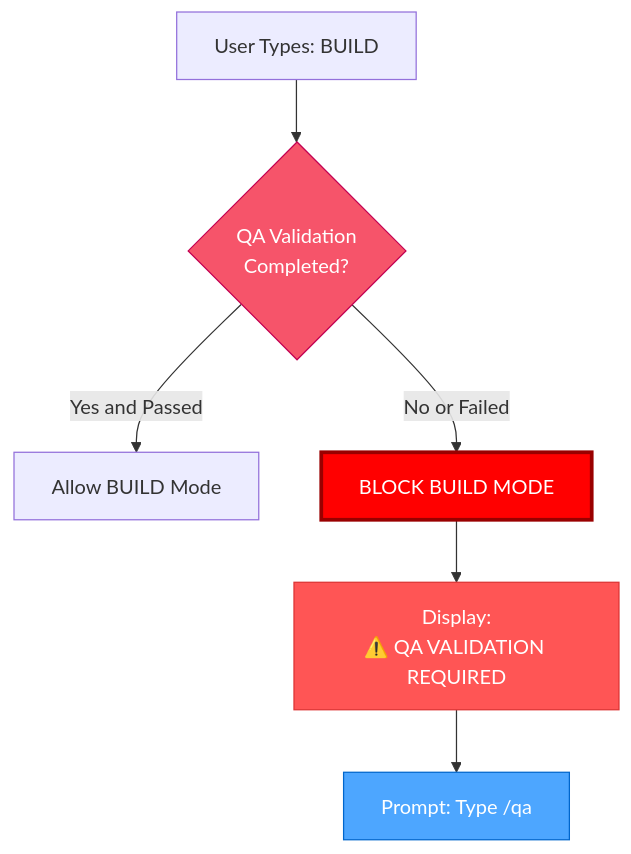
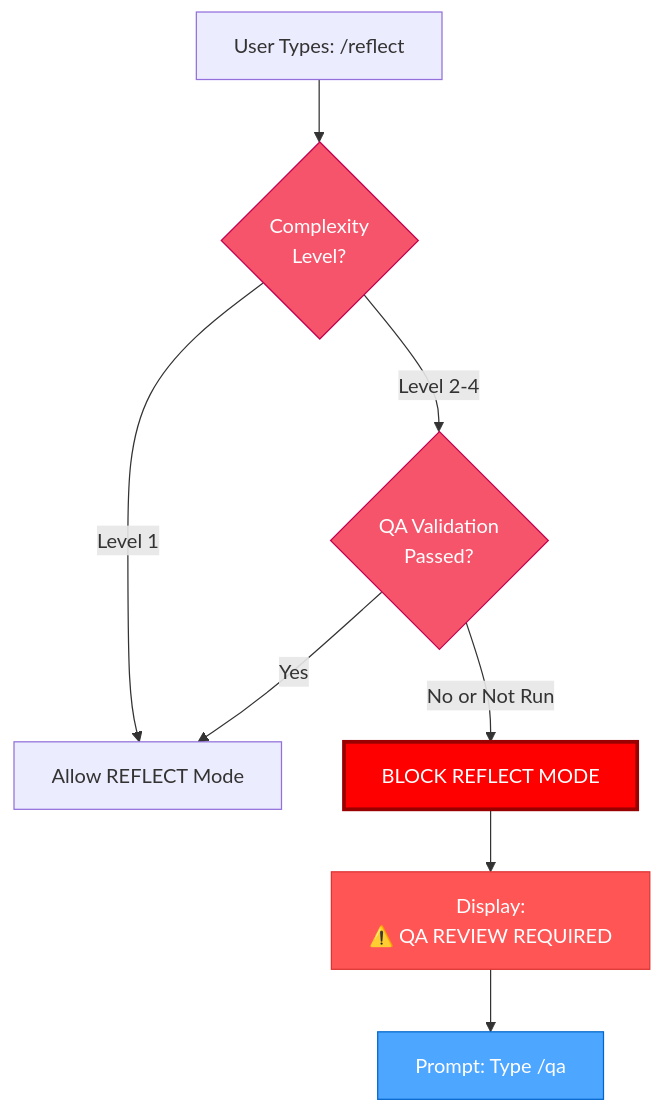
The second of 2 diagrams in rulesets/niko/niko/visual-maps/van_mode_split/van-qa-utils/mode-transitions.mdc (Texarkanine/.cursor-rules), drawn with Mermaid before and after one commit. The commit also changed other lines of this file and 22 other files, not shown here.

````diff
--- a/rulesets/niko/niko/visual-maps/van_mode_split/van-qa-utils/mode-transitions.mdc
+++ b/rulesets/niko/niko/visual-maps/van_mode_split/van-qa-utils/mode-transitions.mdc
@@ -14,13 +40,16 @@
 ```mermaid
 graph TD
-    Start["User Types: BUILD"] --> CheckQA{"QA Validation<br>Completed?"}
-    CheckQA -->|"Yes and Passed"| AllowBuild["Allow BUILD Mode"]
-    CheckQA -->|"No or Failed"| BlockBuild["BLOCK BUILD MODE"]
-    BlockBuild --> Message["Display:<br>⚠️ QA VALIDATION REQUIRED"]
-    Message --> ReturnToVANQA["Prompt: Type /qa"]
-    
+    Start["User Types: /reflect"] --> CheckLevel{"Complexity<br>Level?"}
+    CheckLevel -->|"Level 1"| AllowReflect["Allow REFLECT Mode"]
+    CheckLevel -->|"Level 2-4"| CheckQA{"QA Validation<br>Passed?"}
+    CheckQA -->|"Yes"| AllowReflect
+    CheckQA -->|"No or Not Run"| BlockReflect["BLOCK REFLECT MODE"]
+    BlockReflect --> Message["Display:<br>⚠️ QA REVIEW REQUIRED"]
+    Message --> ReturnToQA["Prompt: Type /qa"]
+
+    style CheckLevel fill:#f6546a,stroke:#c30052,color:white
     style CheckQA fill:#f6546a,stroke:#c30052,color:white
-    style BlockBuild fill:#ff0000,stroke:#990000,color:white,stroke-width:3px
+    style BlockReflect fill:#ff0000,stroke:#990000,color:white,stroke-width:3px
     style Message fill:#ff5555,stroke:#dd3333,color:white
-    style ReturnToVANQA fill:#4da6ff,stroke:#0066cc,color:white
+    style ReturnToQA fill:#4da6ff,stroke:#0066cc,color:white
 ```
````
